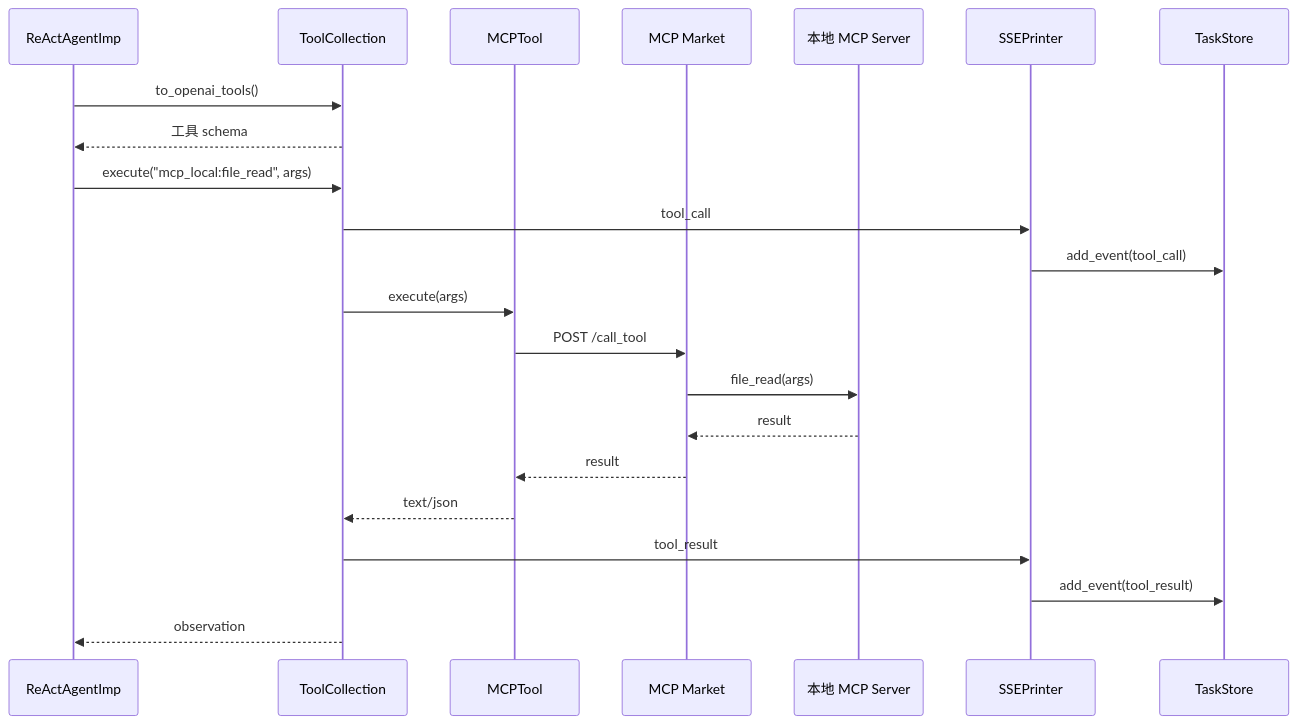
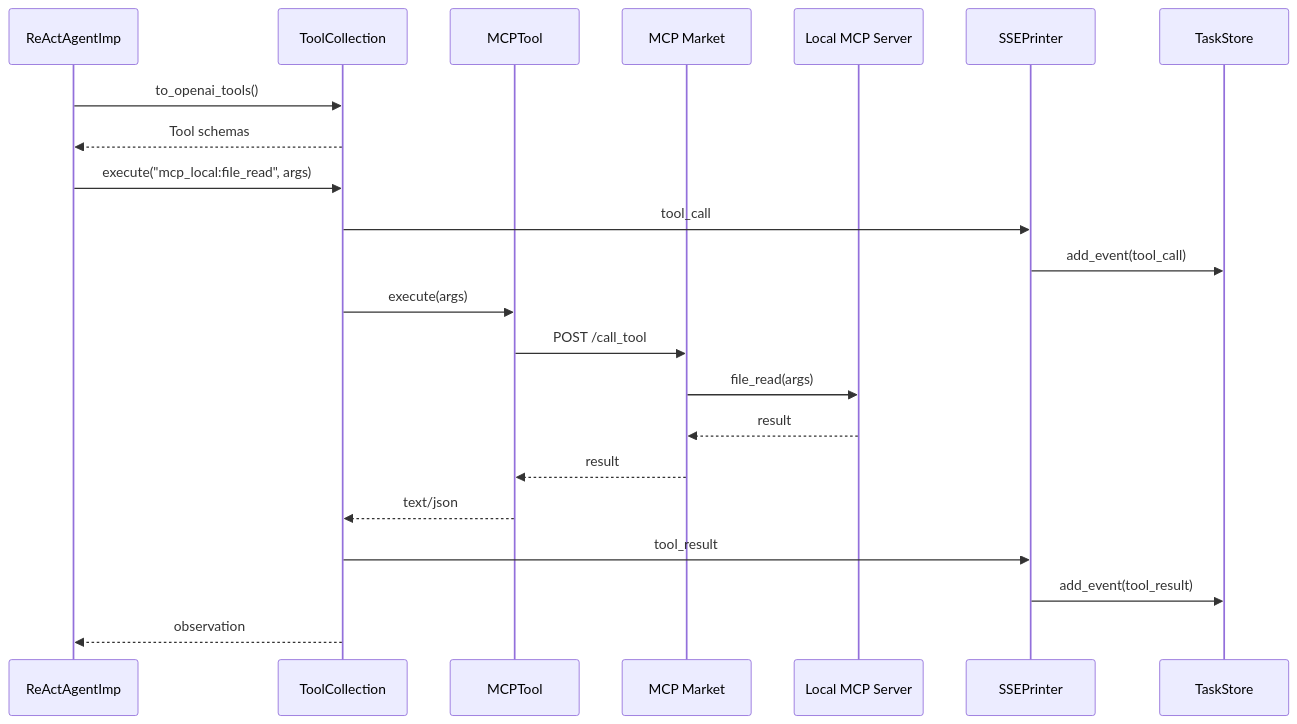
Before and after one commit to youkuxiaobin/task-pilot-agent: diagram 11 of 18 in README.md, drawn with Mermaid. The commit also changed other lines of this file and 1 other file, not shown here.

````diff
--- a/README.md
+++ b/README.md
@@ -220,25 +237,25 @@
 ```mermaid
 sequenceDiagram
   participant Agent as ReActAgentImp
   participant Tools as ToolCollection
   participant Adapter as MCPTool
   participant Market as MCP Market
-  participant MCP as 本地 MCP Server
+  participant MCP as Local MCP Server
   participant Printer as SSEPrinter
   participant Store as TaskStore
 
   Agent->>Tools: to_openai_tools()
-  Tools-->>Agent: 工具 schema
+  Tools-->>Agent: Tool schemas
   Agent->>Tools: execute("mcp_local:file_read", args)
   Tools->>Printer: tool_call
   Printer->>Store: add_event(tool_call)
   Tools->>Adapter: execute(args)
   Adapter->>Market: POST /call_tool
   Market->>MCP: file_read(args)
   MCP-->>Market: result
   Market-->>Adapter: result
   Adapter-->>Tools: text/json
   Tools->>Printer: tool_result
   Printer->>Store: add_event(tool_result)
   Tools-->>Agent: observation
 ```
````
